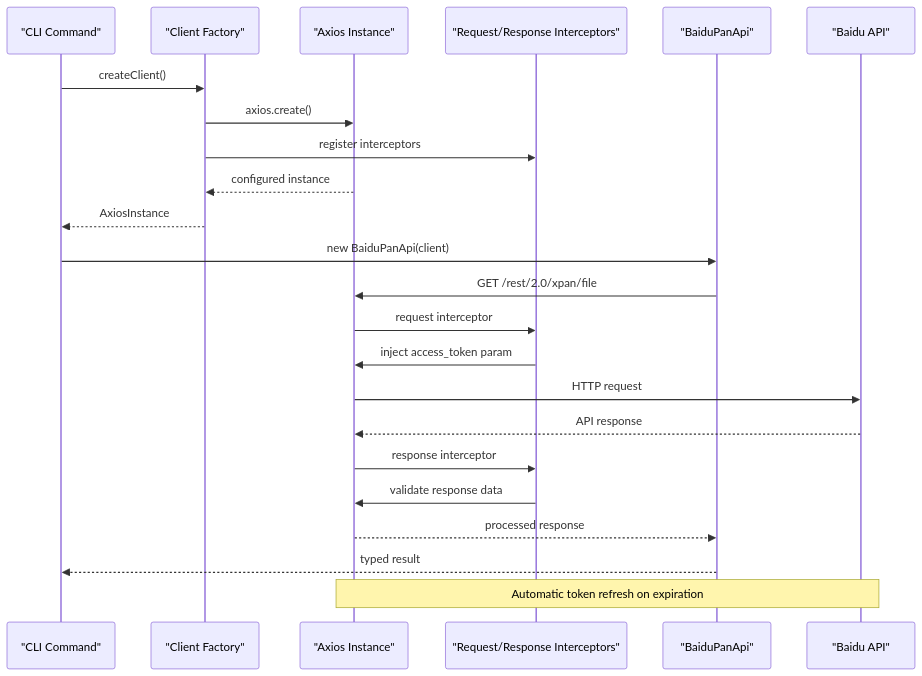
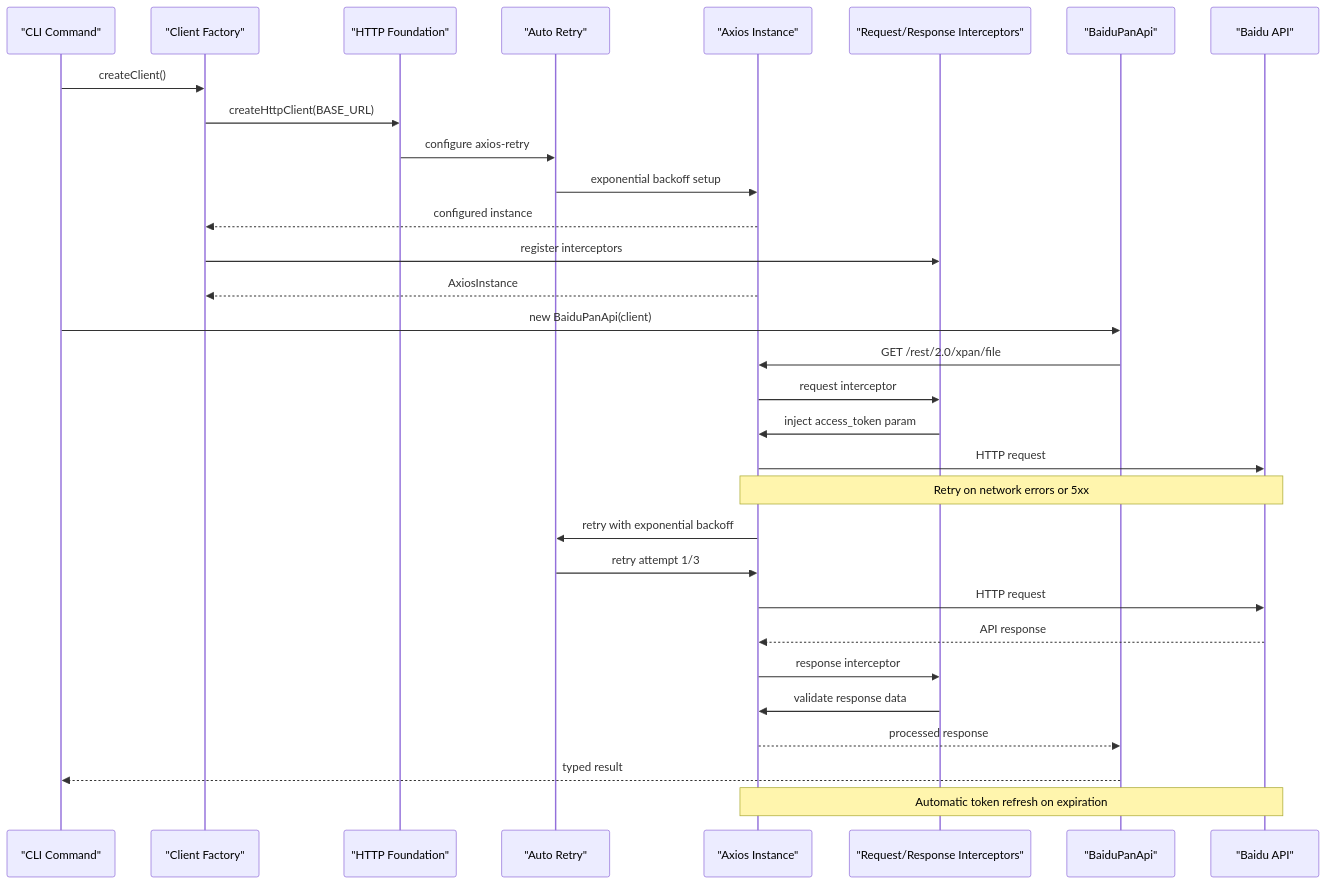
The second of 11 diagrams in .qoder/repowiki/en/content/API Integration/HTTP Client Architecture.md (yuexiaoliang/baiduwangpan-manager), drawn with Mermaid before and after one commit. The commit also changed other lines of this file and 30 other files, not shown here.

````diff
--- a/.qoder/repowiki/en/content/API Integration/HTTP Client Architecture.md
+++ b/.qoder/repowiki/en/content/API Integration/HTTP Client Architecture.md
@@ -110,25 +142,33 @@
 ```mermaid
 sequenceDiagram
 participant CLI as "CLI Command"
 participant Factory as "Client Factory"
+participant HttpClient as "HTTP Foundation"
+participant RetryMech as "Auto Retry"
 participant Client as "Axios Instance"
 participant Interceptors as "Request/Response Interceptors"
 participant API as "BaiduPanApi"
 participant Baidu as "Baidu API"
 CLI->>Factory : createClient()
-Factory->>Client : axios.create()
+Factory->>HttpClient : createHttpClient(BASE_URL)
+HttpClient->>RetryMech : configure axios-retry
+RetryMech->>Client : exponential backoff setup
+Client-->>Factory : configured instance
 Factory->>Interceptors : register interceptors
-Client-->>Factory : configured instance
-Factory-->>CLI : AxiosInstance
+Client-->>Factory : AxiosInstance
 CLI->>API : new BaiduPanApi(client)
 API->>Client : GET /rest/2.0/xpan/file
 Client->>Interceptors : request interceptor
 Interceptors->>Client : inject access_token param
+Client->>Baidu : HTTP request
+Note over Client,Baidu : Retry on network errors or 5xx
+Client->>RetryMech : retry with exponential backoff
+RetryMech->>Client : retry attempt 1/3
 Client->>Baidu : HTTP request
 Baidu-->>Client : API response
 Client->>Interceptors : response interceptor
 Interceptors->>Client : validate response data
 Client-->>API : processed response
 API-->>CLI : typed result
 Note over Client,Baidu : Automatic token refresh on expiration
 ```
````
